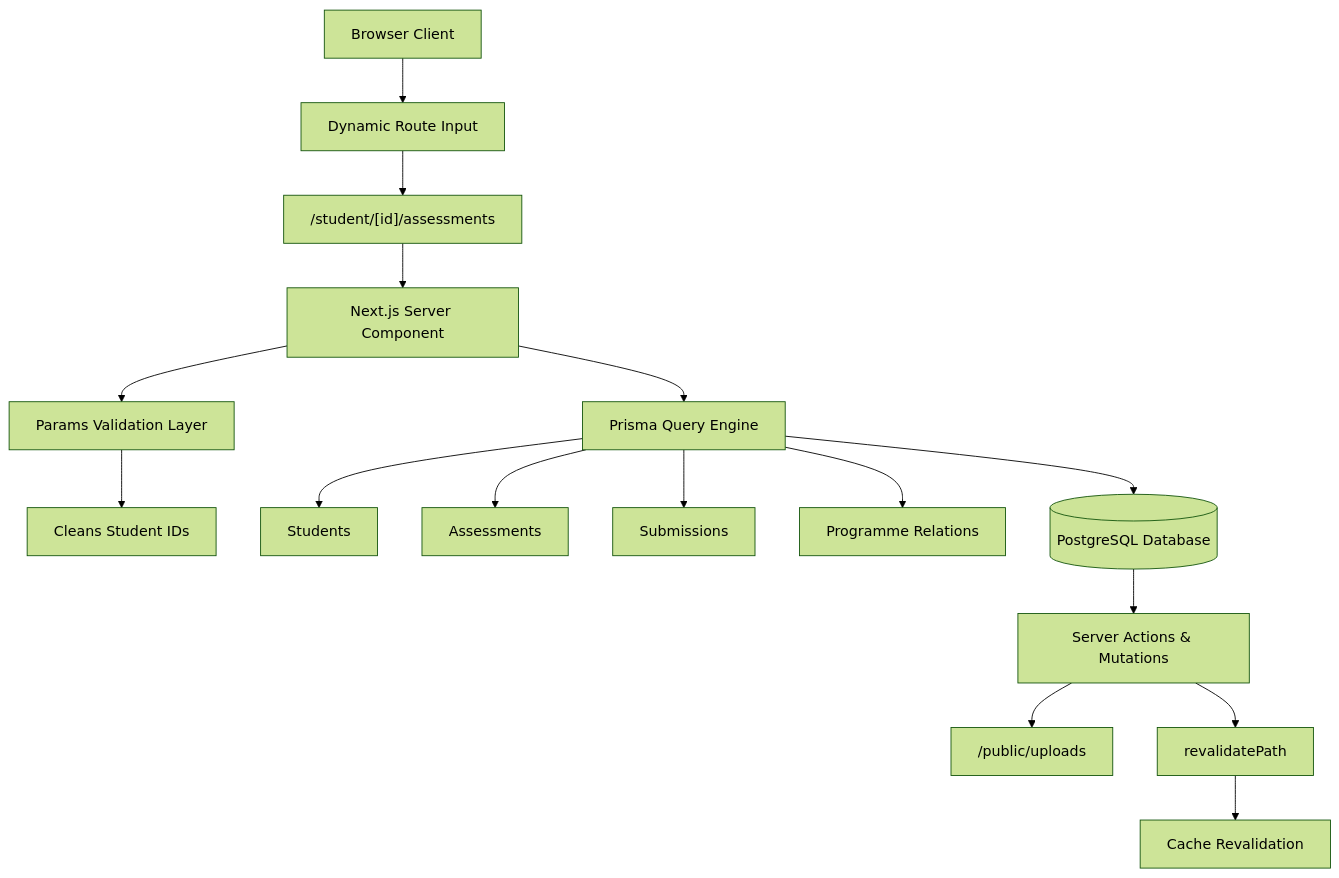
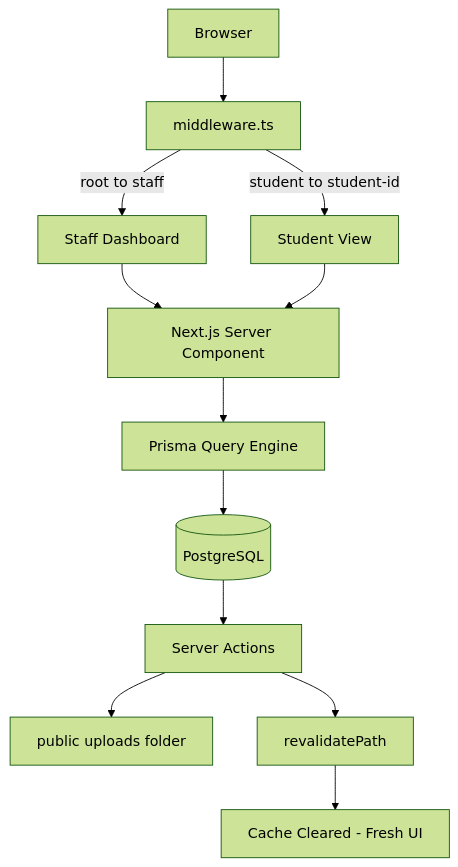
Before and after one commit to habibUllahRahat/sms_tracker: the first of 3 diagrams in README.md, drawn with Mermaid (forest theme). The commit also changed other lines of this file, not shown here.

````diff
--- a/README.md
+++ b/README.md
@@ -129,27 +65,18 @@
 ```mermaid
 flowchart TD
-    A[Browser Client] --> B[Dynamic Route Input]
-    B --> C["/student/[id]/assessments"]
+    A[Browser] --> B[middleware.ts]
+    B -->|root to staff| C[Staff Dashboard]
+    B -->|student to student-id| D[Student View]
 
-    C --> D[Next.js Server Component]
+    C --> E[Next.js Server Component]
+    D --> E
 
-    D --> E[Params Validation Layer]
-    E --> F[Cleans Student IDs]
+    E --> F[Prisma Query Engine]
 
-    D --> G[Prisma Query Engine]
+    F --> G[(PostgreSQL)]
 
-    G --> H[Students]
-    G --> I[Assessments]
-    G --> J[Submissions]
-    G --> K[Programme Relations]
-
-    G --> L[(PostgreSQL Database)]
-
-    L --> M[Server Actions & Mutations]
-
-    M --> N["/public/uploads"]
-
-    M --> O["revalidatePath"]
-
-    O --> P[Cache Revalidation]
+    G --> H[Server Actions]
+    H --> I[public uploads folder]
+    H --> J[revalidatePath]
+    J --> K[Cache Cleared - Fresh UI]
 ```
````
